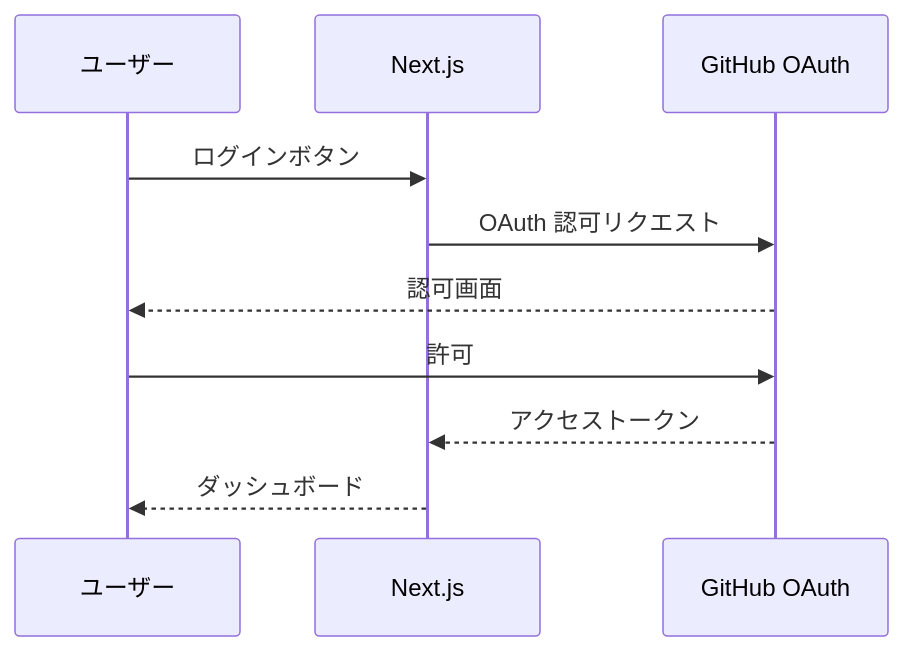
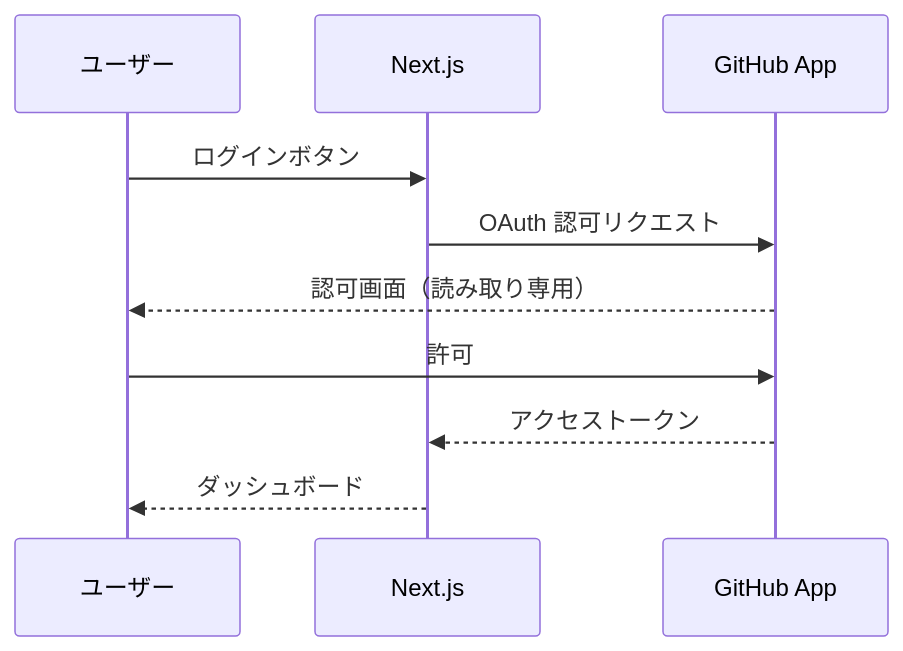
One commit to sano-suguru/github-insights changed the second of 2 diagrams in README.md. Above: the diagram before and after it, drawn with Mermaid. The commit also changed other lines of this file and 1 other file, not shown here.

First line of the commit message:
docs: GitHub App移行をREADME・CLAUDEに反映

````diff
--- a/README.md
+++ b/README.md
@@ -107,13 +107,13 @@
 ```mermaid
 sequenceDiagram
     participant User as ユーザー
     participant App as Next.js
-    participant GitHub as GitHub OAuth
+    participant GitHub as GitHub App
 
     User->>App: ログインボタン
     App->>GitHub: OAuth 認可リクエスト
-    GitHub-->>User: 認可画面
+    GitHub-->>User: 認可画面（読み取り専用）
     User->>GitHub: 許可
     GitHub-->>App: アクセストークン
     App-->>User: ダッシュボード
 ```
````
